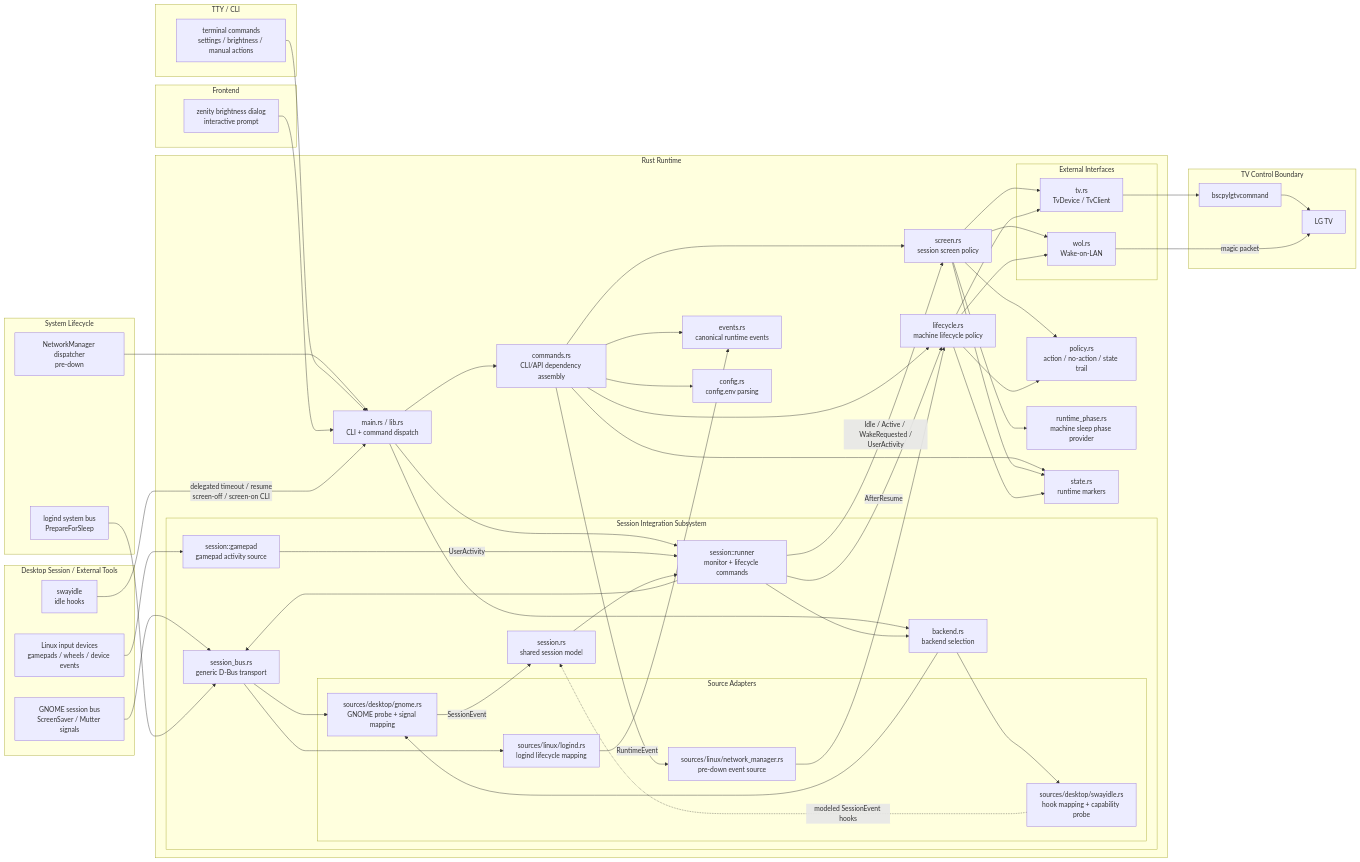
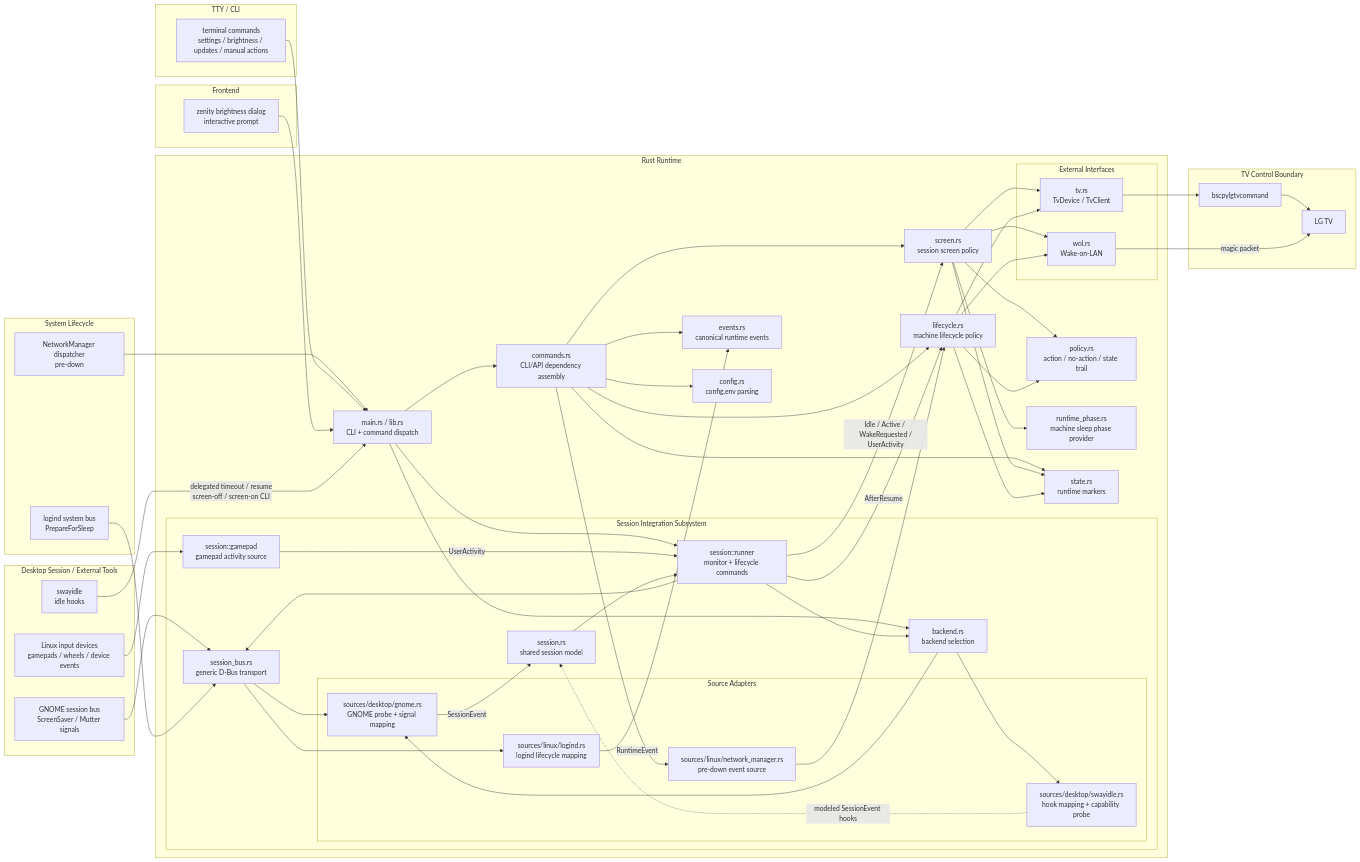
One commit to Staphylococcus/LG_Buddy changed the diagram in docs/architecture-overview.md. Above: the diagram before and after it, drawn with Mermaid. The commit also changed other lines of this file and 9 other files, not shown here.

```diff
--- a/docs/architecture-overview.md
+++ b/docs/architecture-overview.md
@@ -77,7 +77,7 @@
     end
 
     subgraph TTY["TTY / CLI"]
-        TERMINAL["terminal commands<br/>settings / brightness / manual actions"]
+        TERMINAL["terminal commands<br/>settings / brightness / updates / manual actions"]
     end
 
     subgraph Frontend["Frontend"]
```
